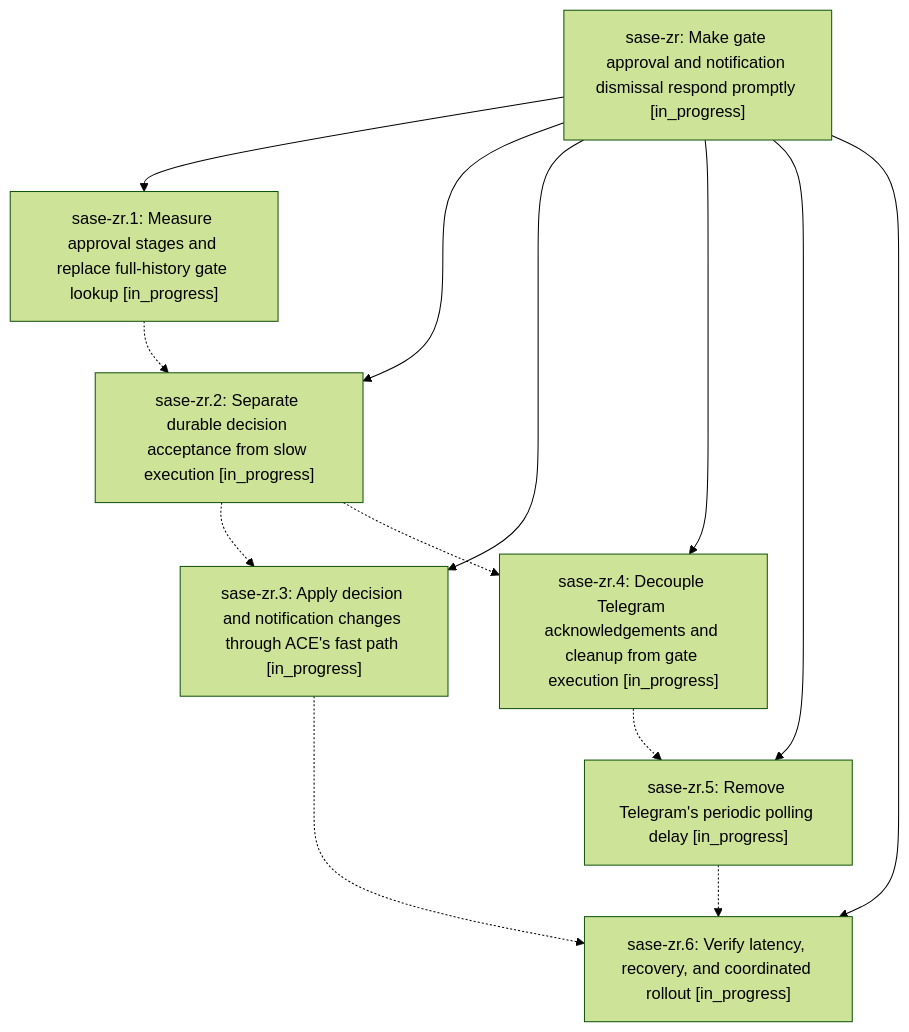
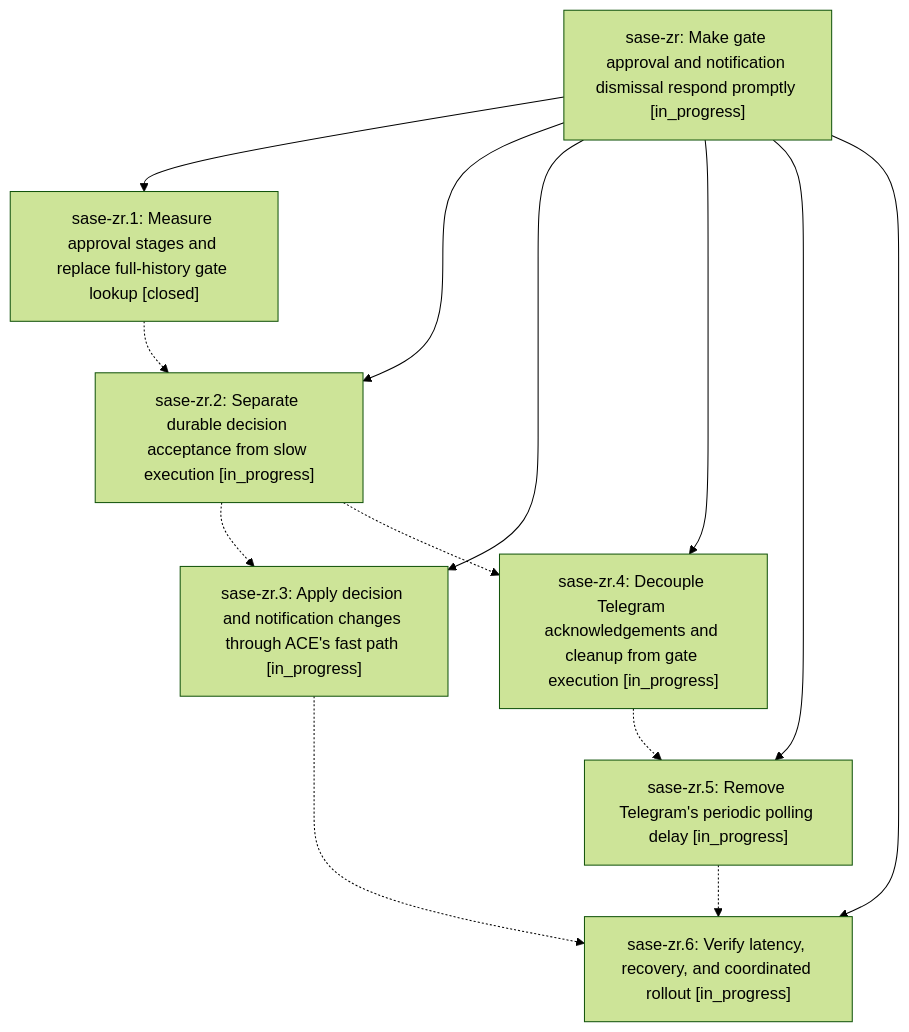
Before and after one commit to sase-org/sase--beads: the diagram in pages/sase-zr/README.md, drawn with Mermaid (forest theme). The commit also changed other lines of this file and 2 other files, not shown here.

First line of the commit message:
chore(beads): sync bead state and pages for sase-zr

````diff
--- a/pages/sase-zr/README.md
+++ b/pages/sase-zr/README.md
@@ -27,22 +27,22 @@
 ```mermaid
 flowchart TD
     n0["sase-zr: Make gate approval and notification dismissal respond promptly [in_progress]"]
-    n1["sase-zr.1: Measure approval stages and replace full-history gate lookup [in_progress]"]
+    n1["sase-zr.1: Measure approval stages and replace full-history gate lookup [closed]"]
     n2["sase-zr.2: Separate durable decision acceptance from slow execution [in_progress]"]
     n3["sase-zr.3: Apply decision and notification changes through ACE's fast path [in_progress]"]
     n4["sase-zr.4: Decouple Telegram acknowledgements and cleanup from gate execution [in_progress]"]
     n5["sase-zr.5: Remove Telegram's periodic polling delay [in_progress]"]
     n6["sase-zr.6: Verify latency, recovery, and coordinated rollout [in_progress]"]
     n0 --> n1
     n0 --> n2
     n0 --> n3
     n0 --> n4
     n0 --> n5
     n0 --> n6
     n1 -.-> n2
     n2 -.-> n3
     n2 -.-> n4
     n3 -.-> n6
     n4 -.-> n5
     n5 -.-> n6
 ```
````
